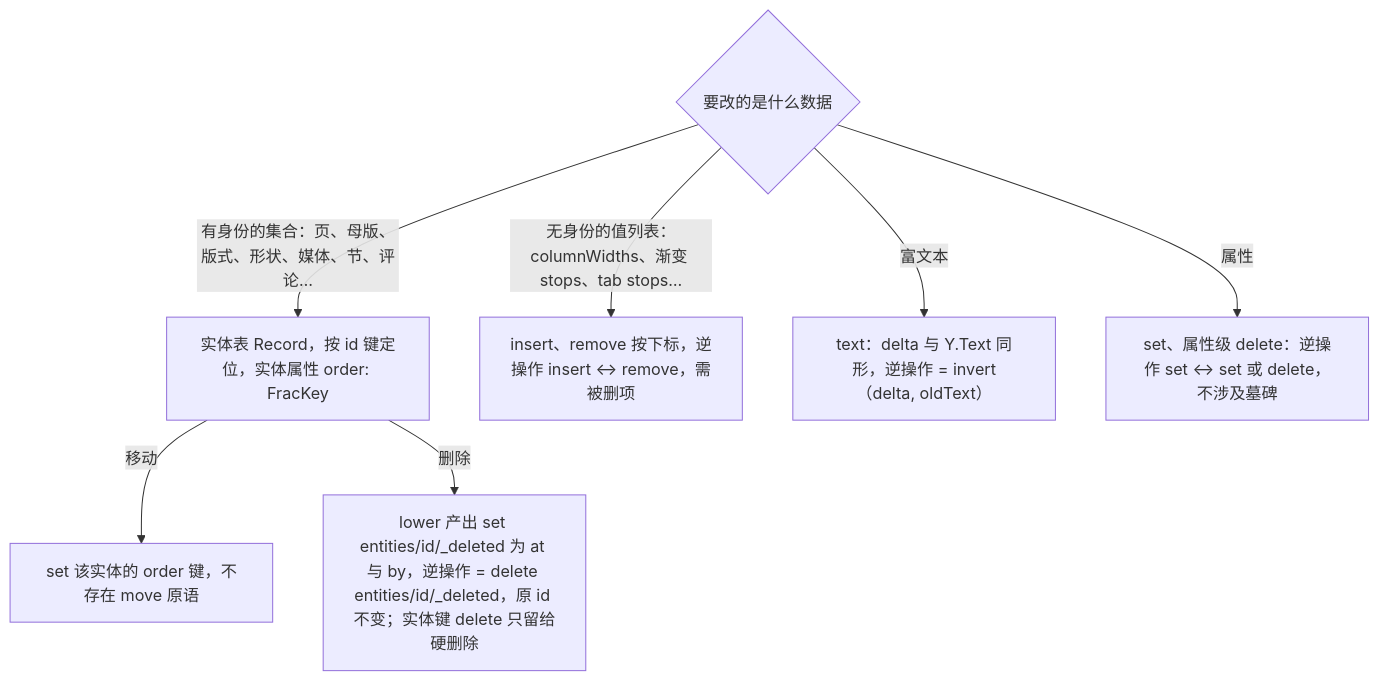
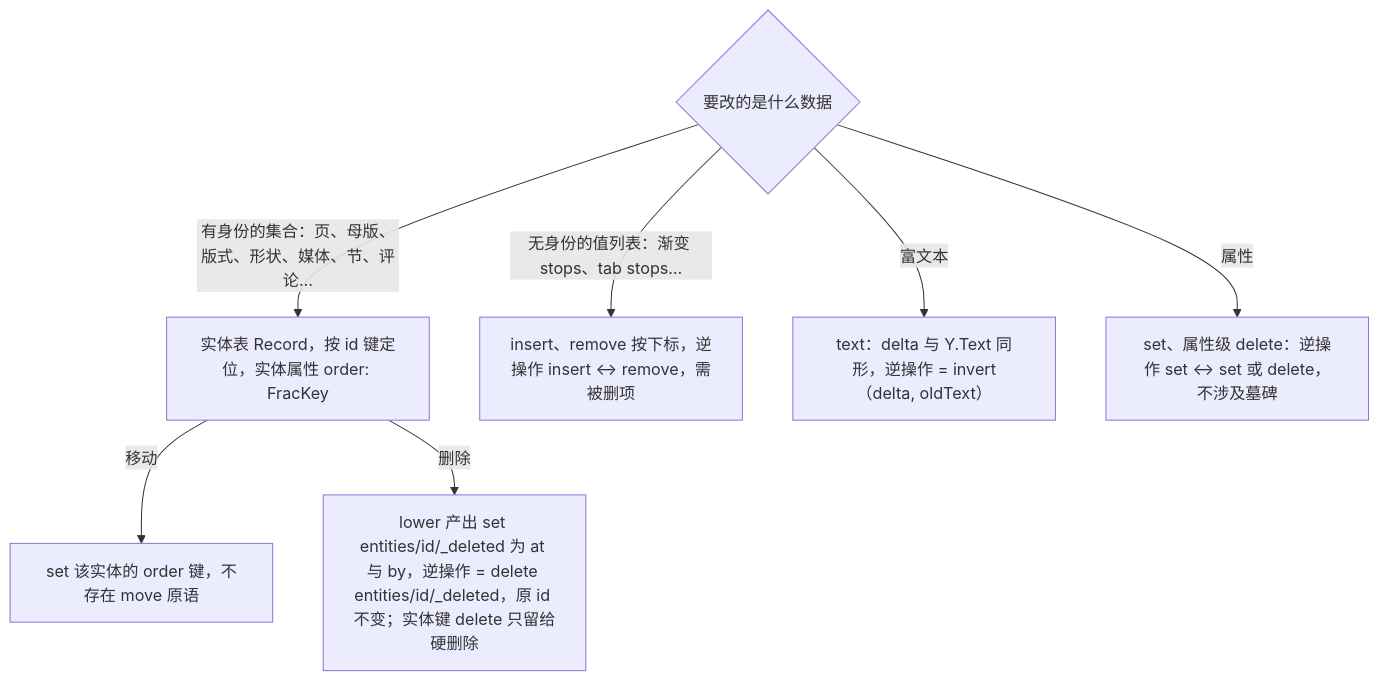
Before and after one commit to Xeonice/cordis-ppt-editor: the second of 2 diagrams in docs/30-architecture/adr/0013-mutation-lowering-and-store-ops.md, drawn with Mermaid. The commit also changed other lines of this file and 78 other files, not shown here.

````diff
--- a/docs/30-architecture/adr/0013-mutation-lowering-and-store-ops.md
+++ b/docs/30-architecture/adr/0013-mutation-lowering-and-store-ops.md
@@ -47,10 +47,10 @@
 ```mermaid
 flowchart TD
   target{"要改的是什么数据"}
   target -- "有身份的集合：页、母版、版式、形状、媒体、节、评论…" --> entityTable["实体表 Record，按 id 键定位，实体属性 order: FracKey"]
   entityTable -- "移动" --> opSetOrder["set 该实体的 order 键，不存在 move 原语"]
   entityTable -- "删除" --> opDeleteEntity["lower 产出 set entities/id/_deleted 为 at 与 by，逆操作 = delete entities/id/_deleted，原 id 不变；实体键 delete 只留给硬删除"]
-  target -- "无身份的值列表：columnWidths、渐变 stops、tab stops…" --> opInsRem["insert、remove 按下标，逆操作 insert ↔ remove，需被删项"]
+  target -- "无身份的值列表：渐变 stops、tab stops…" --> opInsRem["insert、remove 按下标，逆操作 insert ↔ remove，需被删项"]
   target -- "富文本" --> opText["text：delta 与 Y.Text 同形，逆操作 = invert（delta, oldText）"]
   target -- "属性" --> opSet["set、属性级 delete：逆操作 set ↔ set 或 delete，不涉及墓碑"]
 ```
````
